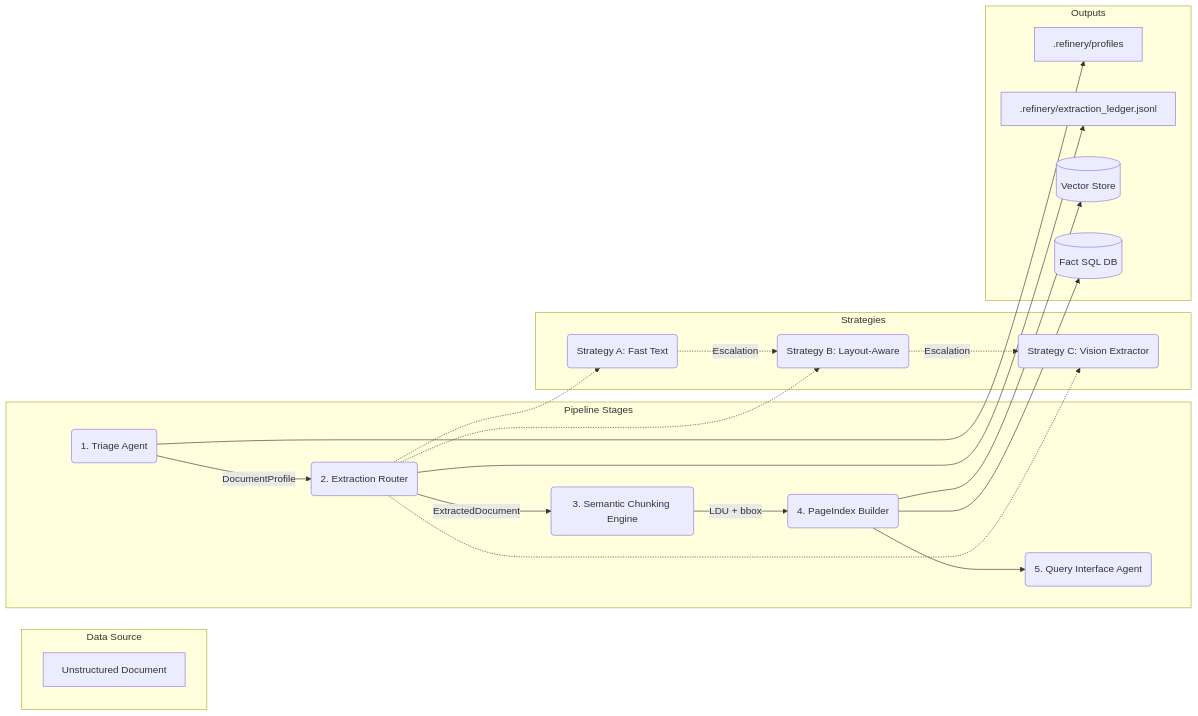
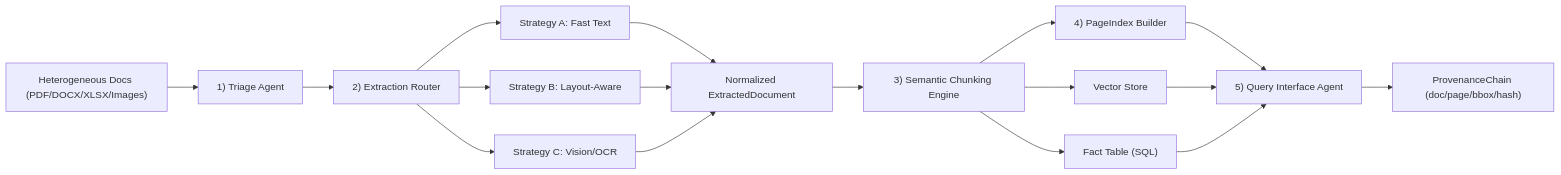
Before and after one commit to Gersum/DocRefinery: the second of 2 diagrams in DOMAIN_NOTES.md, drawn with Mermaid. The commit also changed other lines of this file and 10 other files, not shown here.

Commit message:
docs: establish architecture notes and baseline extraction thresholds

````diff
--- a/DOMAIN_NOTES.md
+++ b/DOMAIN_NOTES.md
@@ -56,43 +110,19 @@
 ```mermaid
 flowchart LR
-    subgraph Data Source
-        Doc[Unstructured Document]
-    end
-
-    subgraph Pipeline Stages
-        Triage(1. Triage Agent)
-        Router(2. Extraction Router)
-        Chunker(3. Semantic Chunking Engine)
-        Indexer(4. PageIndex Builder)
-        QueryInt(5. Query Interface Agent)
-        
-        Triage -->|DocumentProfile| Router
-        Router -->|ExtractedDocument| Chunker
-        Chunker -->|LDU + bbox| Indexer
-    end
-
-    subgraph Strategies
-        StrA(Strategy A: Fast Text)
-        StrB(Strategy B: Layout-Aware)
-        StrC(Strategy C: Vision Extractor)
-        Router -.-> StrA
-        Router -.-> StrB
-        Router -.-> StrC
-        StrA -.Escalation.-> StrB
-        StrB -.Escalation.-> StrC
-    end
-    
-    subgraph Outputs
-        ProfDB[.refinery/profiles]
-        Ledger[.refinery/extraction_ledger.jsonl]
-        VecStore[(Vector Store)]
-        FactStore[(Fact SQL DB)]
-        
-        Triage --> ProfDB
-        Router --> Ledger
-        Indexer --> VecStore
-        Indexer --> FactStore
-    end
-
-    Indexer --> QueryInt
+    src["Heterogeneous Docs (PDF/DOCX/XLSX/Images)"] --> triage["1) Triage Agent"]
+    triage --> router["2) Extraction Router"]
+    router --> A["Strategy A: Fast Text"]
+    router --> B["Strategy B: Layout-Aware"]
+    router --> C["Strategy C: Vision/OCR"]
+    A --> norm["Normalized ExtractedDocument"]
+    B --> norm
+    C --> norm
+    norm --> chunk["3) Semantic Chunking Engine"]
+    chunk --> index["4) PageIndex Builder"]
+    chunk --> vec["Vector Store"]
+    chunk --> fact["Fact Table (SQL)"]
+    index --> query["5) Query Interface Agent"]
+    vec --> query
+    fact --> query
+    query --> prov["ProvenanceChain (doc/page/bbox/hash)"]
 ```
````
